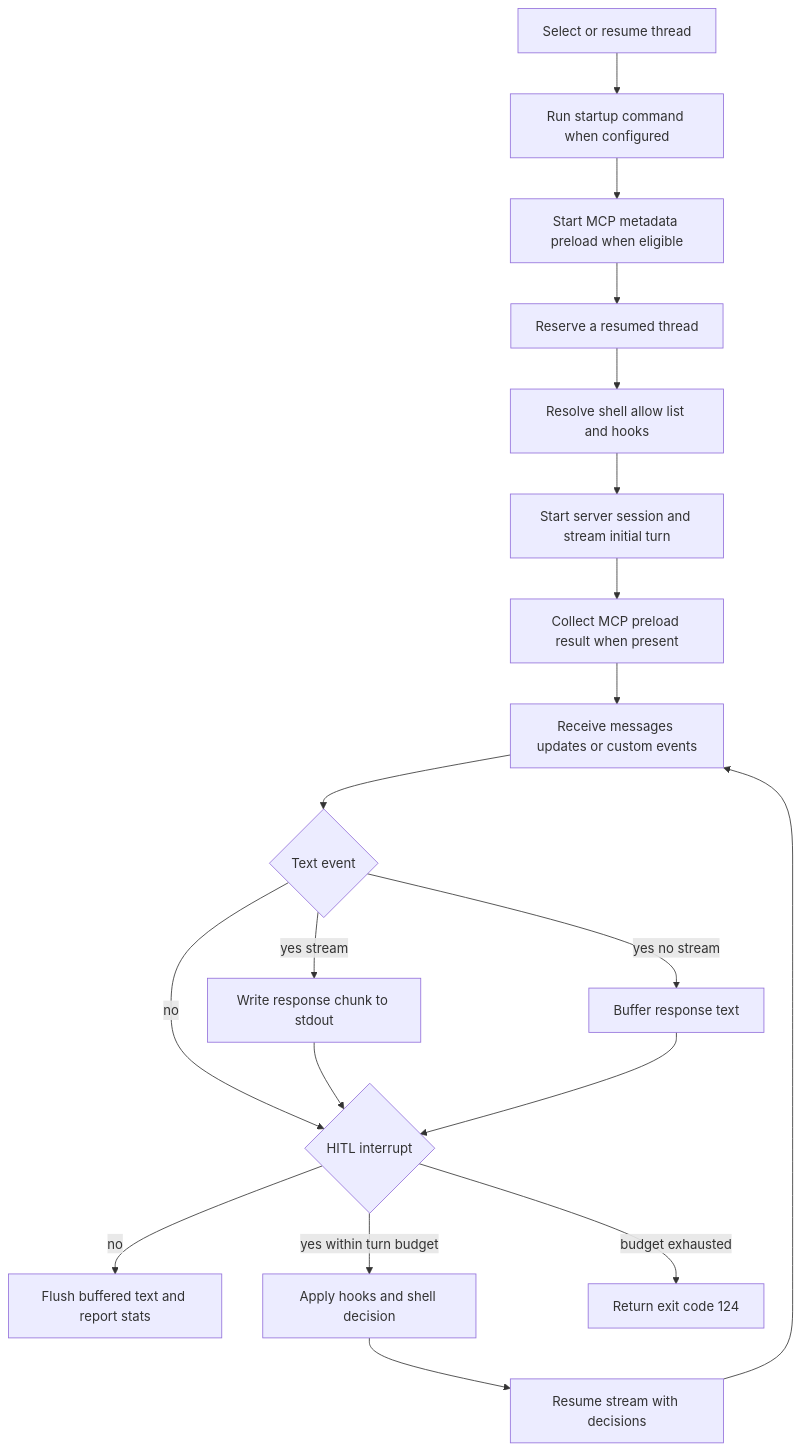
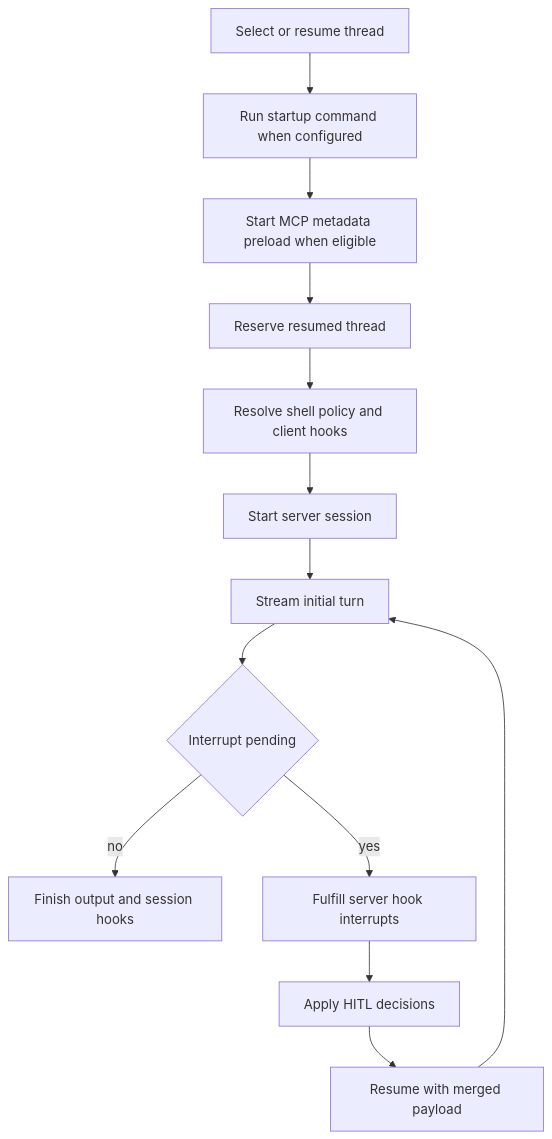
The third of 3 diagrams in openwiki/workflows/run-dcode-session.md (langchain-ai/deepagents), drawn with Mermaid before and after one commit. The commit also changed other lines of this file and 35 other files, not shown here.

````diff
--- a/openwiki/workflows/run-dcode-session.md
+++ b/openwiki/workflows/run-dcode-session.md
@@ -135,21 +137,15 @@
 ```mermaid
 flowchart TD
     Begin["Select or resume thread"] --> Command["Run startup command when configured"]
     Command --> Preload["Start MCP metadata preload when eligible"]
-    Preload --> Reserve["Reserve a resumed thread"]
-    Reserve --> Policy["Resolve shell allow list and hooks"]
-    Policy --> Session["Start server session and stream initial turn"]
-    Session --> Metadata["Collect MCP preload result when present"]
-    Metadata --> Event["Receive messages updates or custom events"]
-    Event --> Output{"Text event"}
-    Output -->|yes stream| WriteNow["Write response chunk to stdout"]
-    Output -->|yes no stream| Buffer["Buffer response text"]
-    Output -->|no| Interrupt{"HITL interrupt"}
-    WriteNow --> Interrupt
-    Buffer --> Interrupt
-    Interrupt -->|no| Finish["Flush buffered text and report stats"]
-    Interrupt -->|yes within turn budget| Decide["Apply hooks and shell decision"]
-    Decide --> Resume["Resume stream with decisions"]
-    Resume --> Event
-    Interrupt -->|budget exhausted| Limit["Return exit code 124"]
+    Preload --> Reserve["Reserve resumed thread"]
+    Reserve --> Policy["Resolve shell policy and client hooks"]
+    Policy --> Server["Start server session"]
+    Server --> Stream["Stream initial turn"]
+    Stream --> Interrupt{"Interrupt pending"}
+    Interrupt -->|no| Complete["Finish output and session hooks"]
+    Interrupt -->|yes| Hook["Fulfill server hook interrupts"]
+    Hook --> Decide["Apply HITL decisions"]
+    Decide --> Resume["Resume with merged payload"]
+    Resume --> Stream
 ```
````
